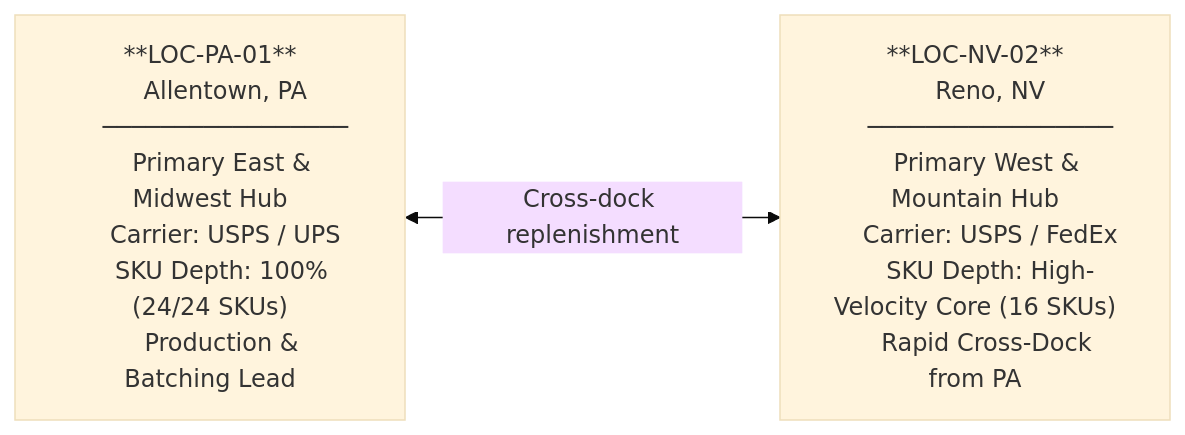
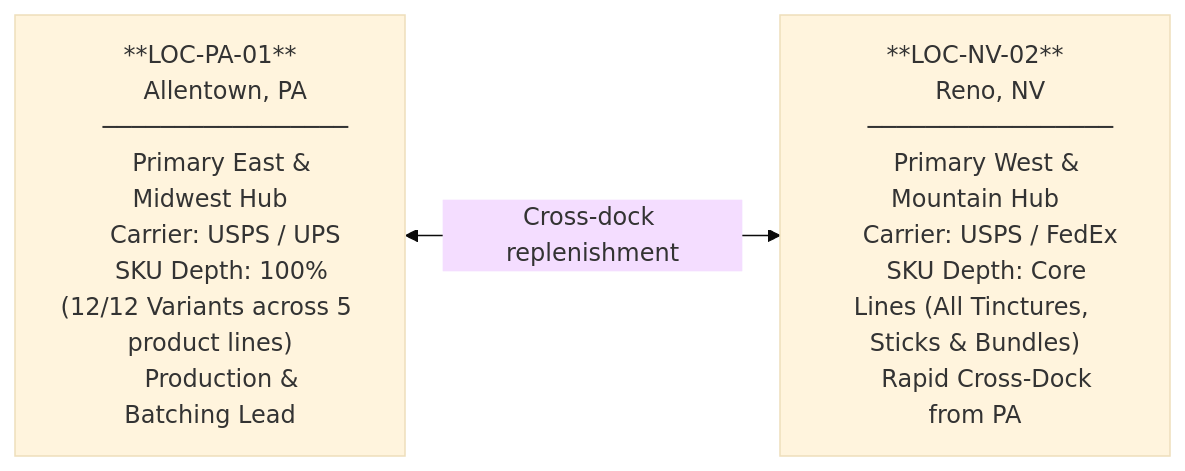
One commit to riovicsusas/portfolio changed the third of 3 diagrams in domain-2-order-routing/MasterDossier-Domain2-MultiNodeLogisticsRouting.md. Above: the diagram before and after it, drawn with Mermaid (base theme). The commit also changed other lines of this file and 12 other files, not shown here.

Commit message:
Align catalog architecture, dossiers, and QuickView UI to Universe A 12-variant export

````diff
--- a/domain-2-order-routing/MasterDossier-Domain2-MultiNodeLogisticsRouting.md
+++ b/domain-2-order-routing/MasterDossier-Domain2-MultiNodeLogisticsRouting.md
@@ -112,20 +112,20 @@
 ```mermaid
 flowchart LR
     PA["**LOC-PA-01**
     Allentown, PA
     ─────────────────
     Primary East & Midwest Hub
     Carrier: USPS / UPS
-    SKU Depth: 100% (24/24 SKUs)
+    SKU Depth: 100% (12/12 Variants across 5 product lines)
     Production & Batching Lead"]
 
     NV["**LOC-NV-02**
     Reno, NV
     ─────────────────
     Primary West & Mountain Hub
     Carrier: USPS / FedEx
-    SKU Depth: High-Velocity Core (16 SKUs)
+    SKU Depth: Core Lines (All Tinctures, Sticks & Bundles)
     Rapid Cross-Dock from PA"]
 
     PA <-->|"Cross-dock replenishment"| NV
 ```
````
